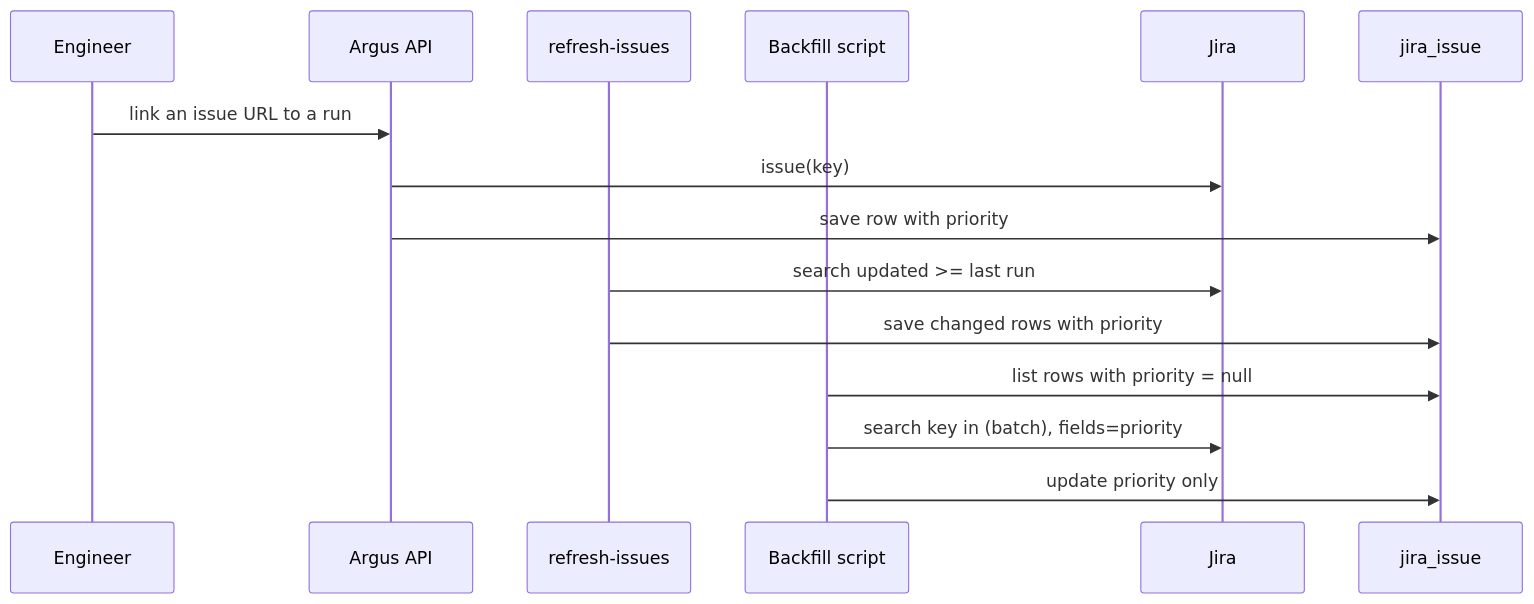
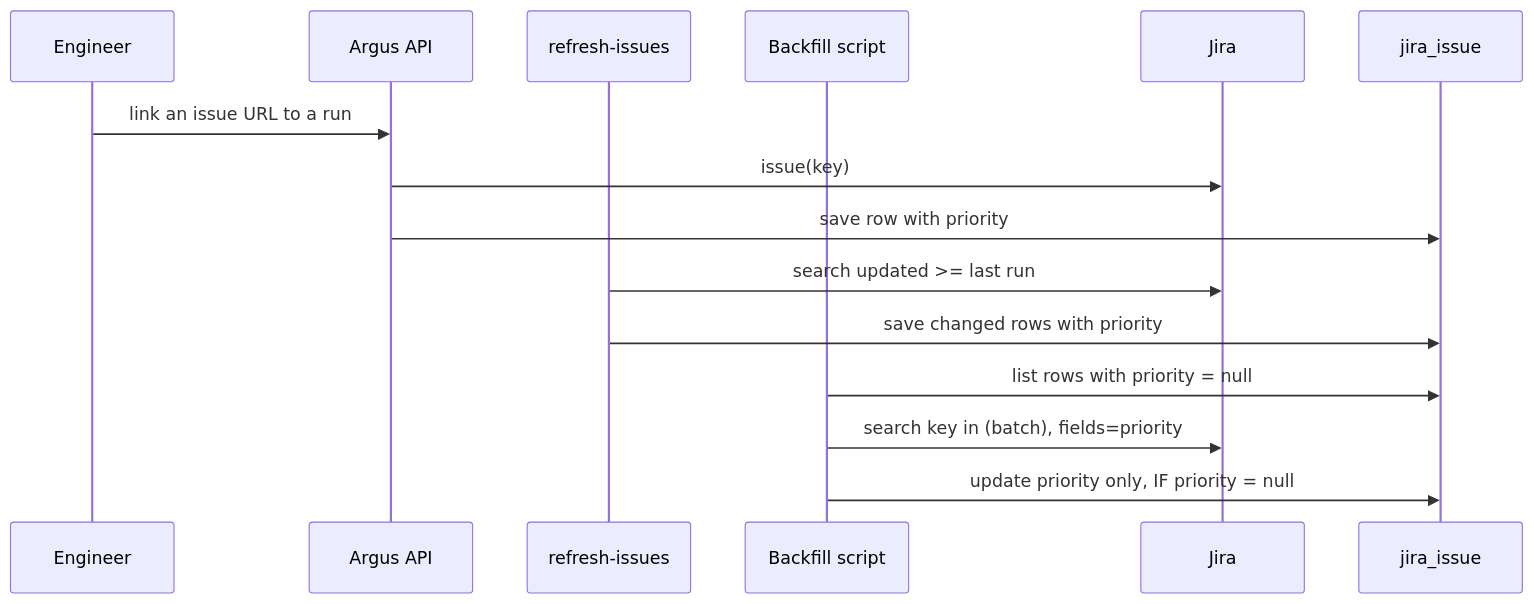
One commit to scylladb/argus changed the first of 2 diagrams in tasks/ARGUS-178/spec.md. Above: the diagram before and after it, drawn with Mermaid. The commit also changed other lines of this file and 2 other files, not shown here.

First line of the commit message:
docs(tasks): apply the review of PR #1129 to the priority task

````diff
--- a/tasks/ARGUS-178/spec.md
+++ b/tasks/ARGUS-178/spec.md
@@ -63,17 +69,17 @@
 ```mermaid
 sequenceDiagram
     participant U as Engineer
     participant A as Argus API
     participant S as refresh-issues
     participant B as Backfill script
     participant J as Jira
     participant T as jira_issue
     U->>A: link an issue URL to a run
     A->>J: issue(key)
     A->>T: save row with priority
     S->>J: search updated >= last run
     S->>T: save changed rows with priority
     B->>T: list rows with priority = null
     B->>J: search key in (batch), fields=priority
-    B->>T: update priority only
+    B->>T: update priority only, IF priority = null
 ```
````
